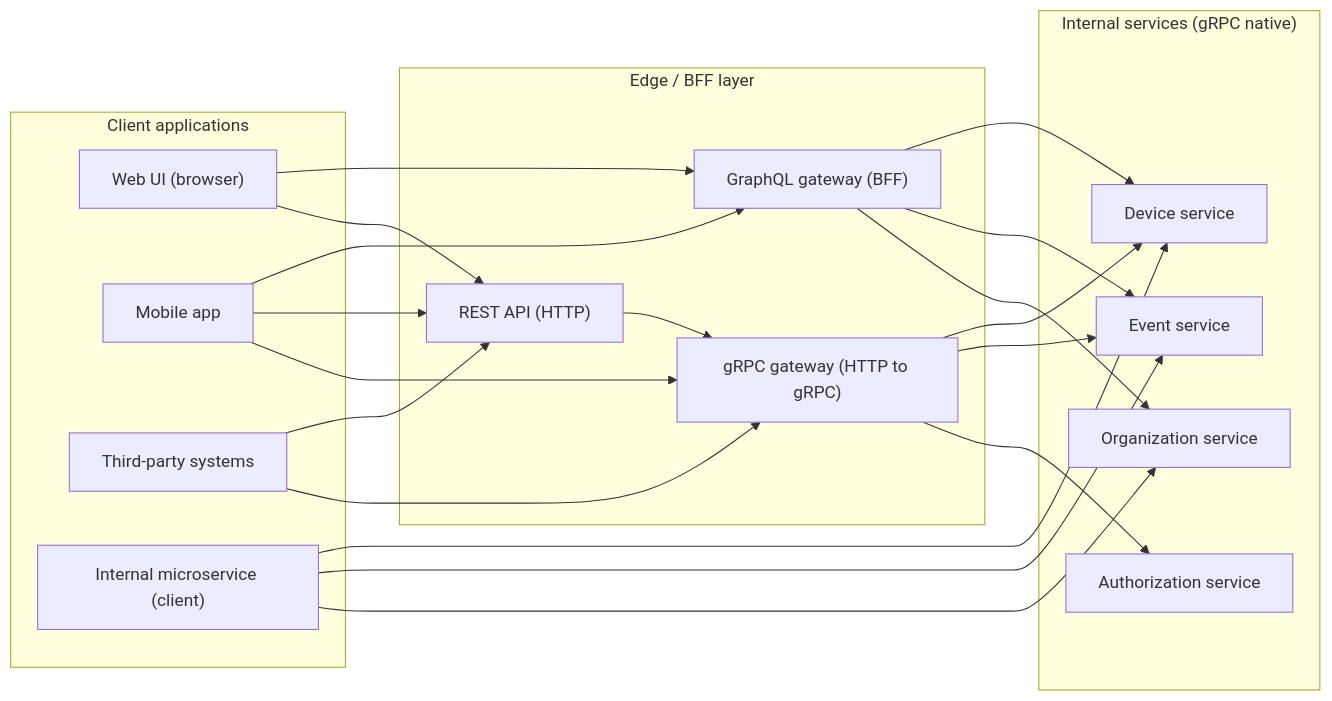
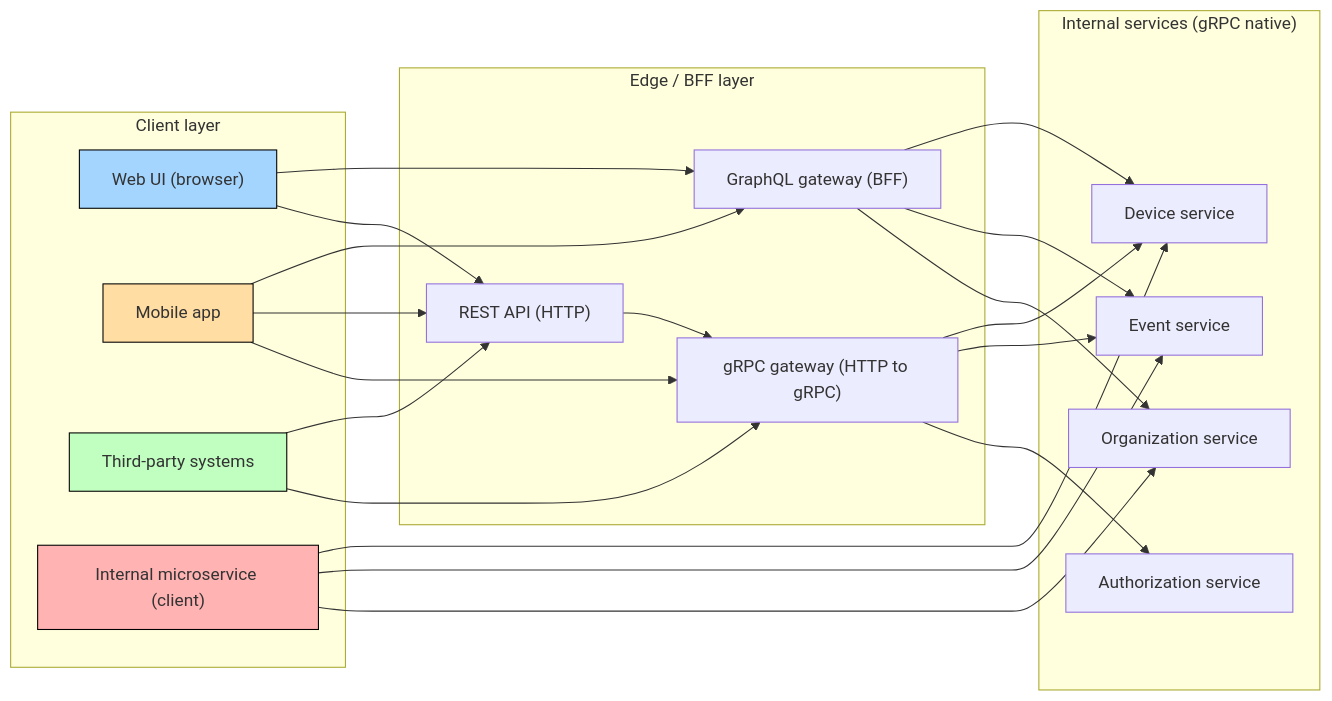
Before and after one commit to sbhrwl/microservices: the diagram in app/gfc-apis/api-architecture/README.md, drawn with Mermaid. The commit also changed other lines of this file, not shown here.

````diff
--- a/app/gfc-apis/api-architecture/README.md
+++ b/app/gfc-apis/api-architecture/README.md
@@ -23,46 +23,55 @@
 ```mermaid
 flowchart LR
-
-  subgraph "Client applications"
-    Web["Web UI (browser)"]
-    Mobile["Mobile app"]
-    Ext["Third-party systems"]
-    MS["Internal microservice (client)"]
+  subgraph "Client layer"
+  %% Clients with colors
+  Web["Web UI (browser)"]:::web
+  Mobile["Mobile app"]:::mobile
+  Ext["Third-party systems"]:::ext
+  MS["Internal microservice (client)"]:::ms
   end
 
+  %% Edge / BFF layer
   subgraph "Edge / BFF layer"
     GQL["GraphQL gateway (BFF)"]
     REST["REST API (HTTP)"]
     GRPCGW["gRPC gateway (HTTP to gRPC)"]
   end
 
+  %% Internal services
   subgraph "Internal services (gRPC native)"
     Device["Device service"]
     Event["Event service"]
     Org["Organization service"]
     Auth["Authorization service"]
   end
 
+  %% Connections
   Web --> GQL
   Web --> REST
 
   Mobile --> GQL
   Mobile --> REST
   Mobile --> GRPCGW
 
   Ext --> REST
   Ext --> GRPCGW
 
   GQL --> Device
   GQL --> Event
   GQL --> Org
 
   REST --> GRPCGW
   GRPCGW --> Device
   GRPCGW --> Event
   GRPCGW --> Auth
 
   MS --> Device
   MS --> Event
   MS --> Org
+
+  %% Styles
+  classDef web fill:#a3d5ff,stroke:#000,stroke-width:1px;
+  classDef mobile fill:#ffdda3,stroke:#000,stroke-width:1px;
+  classDef ext fill:#c1ffc1,stroke:#000,stroke-width:1px;
+  classDef ms fill:#ffb3b3,stroke:#000,stroke-width:1px;
 ```
````
